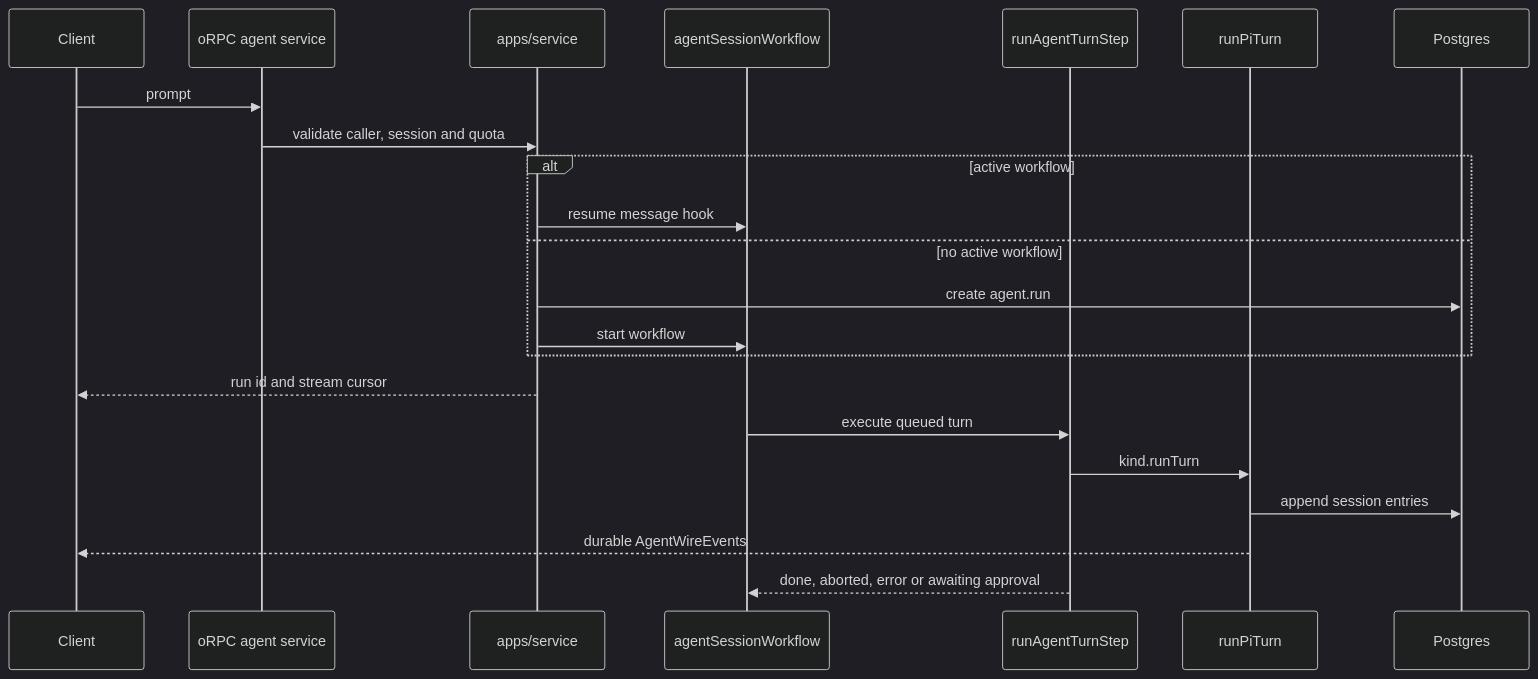
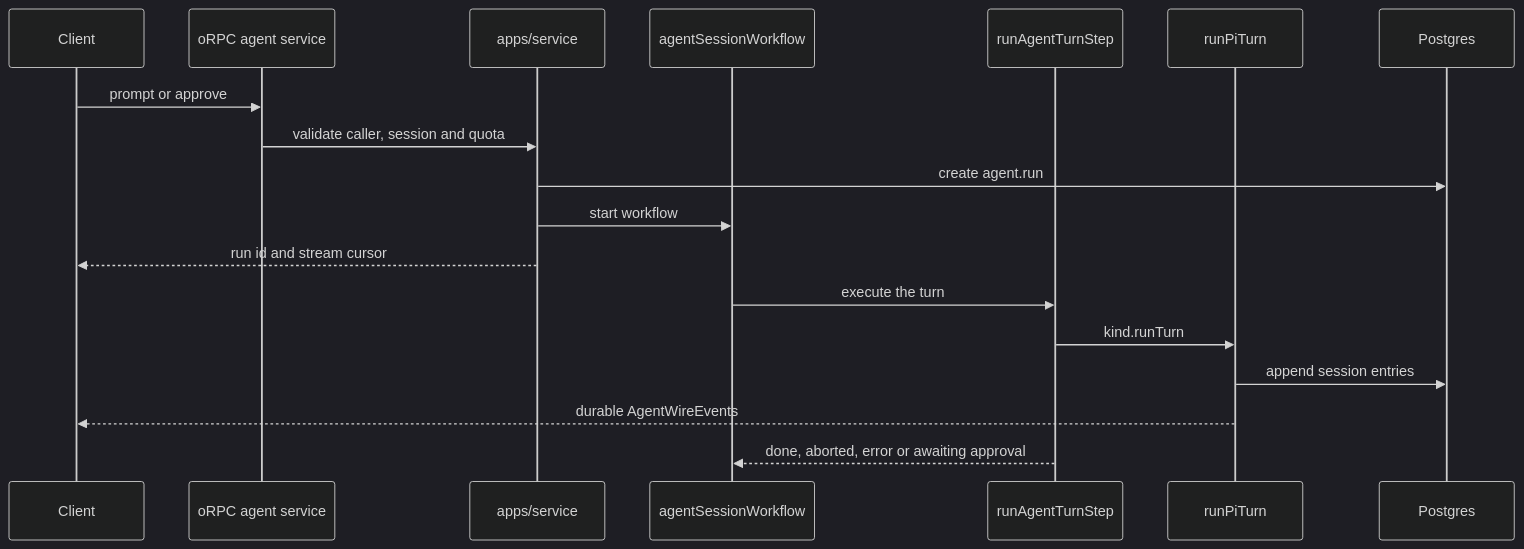
Before and after one commit to Chia1104/chia1104.dev: the second of 3 diagrams in docs/agent-architecture.md, drawn with Mermaid (dark theme). The commit also changed other lines of this file and 22 other files, not shown here.

First line of the commit message:
refactor(agent): one workflow run per turn, no parked hooks

````diff
--- a/docs/agent-architecture.md
+++ b/docs/agent-architecture.md
@@ -104,25 +104,21 @@
 ```mermaid
 sequenceDiagram
     participant UI as Client
     participant API as oRPC agent service
     participant SVC as apps/service
     participant WF as agentSessionWorkflow
     participant STEP as runAgentTurnStep
     participant RT as runPiTurn
     participant PG as Postgres
 
-    UI->>API: prompt
+    UI->>API: prompt or approve
     API->>SVC: validate caller, session and quota
-    alt active workflow
-        SVC->>WF: resume message hook
-    else no active workflow
-        SVC->>PG: create agent.run
-        SVC->>WF: start workflow
-    end
+    SVC->>PG: create agent.run
+    SVC->>WF: start workflow
     SVC-->>UI: run id and stream cursor
-    WF->>STEP: execute queued turn
+    WF->>STEP: execute the turn
     STEP->>RT: kind.runTurn
     RT->>PG: append session entries
     RT-->>UI: durable AgentWireEvents
     STEP-->>WF: done, aborted, error or awaiting approval
 ```
````
